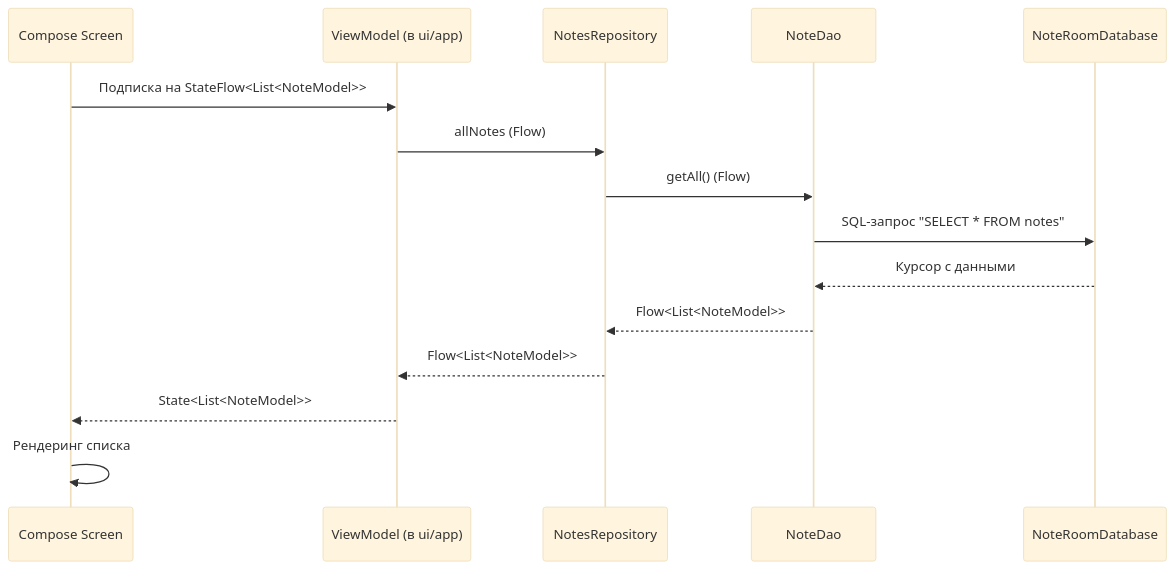
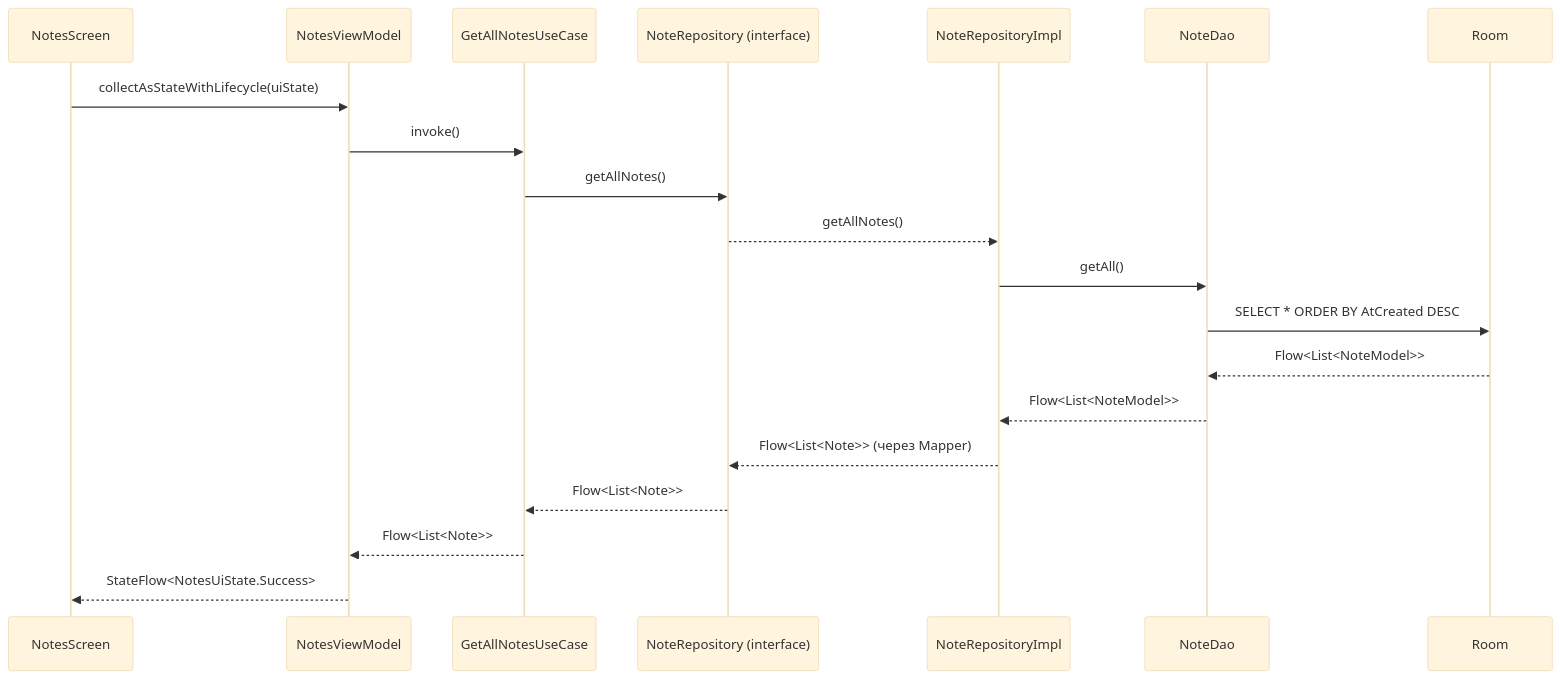
One commit to MaxGog/pagebook-android changed the diagram in docs/ARCHITECTURE.md. Above: the diagram before and after it, drawn with Mermaid (base theme). The commit also changed other lines of this file and 40 other files, not shown here.

First line of the commit message:
refactor: миграция на Clean Architecture

````diff
--- a/docs/ARCHITECTURE.md
+++ b/docs/ARCHITECTURE.md
@@ -83,18 +67,23 @@
 ```mermaid
 sequenceDiagram
-    participant UI as Compose Screen
-    participant VM as ViewModel (в ui/app)
-    participant Repo as NotesRepository
+    participant UI as NotesScreen
+    participant VM as NotesViewModel
+    participant UC as GetAllNotesUseCase
+    participant Repo as NoteRepository (interface)
+    participant Impl as NoteRepositoryImpl
     participant DAO as NoteDao
-    participant DB as NoteRoomDatabase
+    participant DB as Room
 
-    UI->>VM: Подписка на StateFlow<List<NoteModel>>
-    VM->>Repo: allNotes (Flow)
-    Repo->>DAO: getAll() (Flow)
-    DAO->>DB: SQL-запрос "SELECT * FROM notes"
-    DB-->>DAO: Курсор с данными
-    DAO-->>Repo: Flow<List<NoteModel>>
-    Repo-->>VM: Flow<List<NoteModel>>
-    VM-->>UI: State<List<NoteModel>>
-    UI->>UI: Рендеринг списка
+    UI->>VM: collectAsStateWithLifecycle(uiState)
+    VM->>UC: invoke()
+    UC->>Repo: getAllNotes()
+    Repo-->>Impl: getAllNotes()
+    Impl->>DAO: getAll()
+    DAO->>DB: SELECT * ORDER BY AtCreated DESC
+    DB-->>DAO: Flow<List<NoteModel>>
+    DAO-->>Impl: Flow<List<NoteModel>>
+    Impl-->>Repo: Flow<List<Note>> (через Mapper)
+    Repo-->>UC: Flow<List<Note>>
+    UC-->>VM: Flow<List<Note>>
+    VM-->>UI: StateFlow<NotesUiState.Success>
 ```
````
